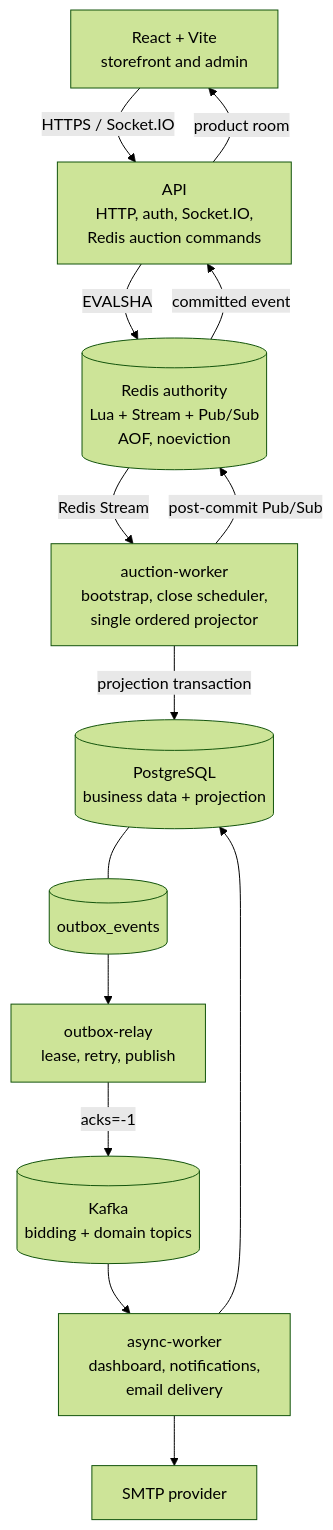
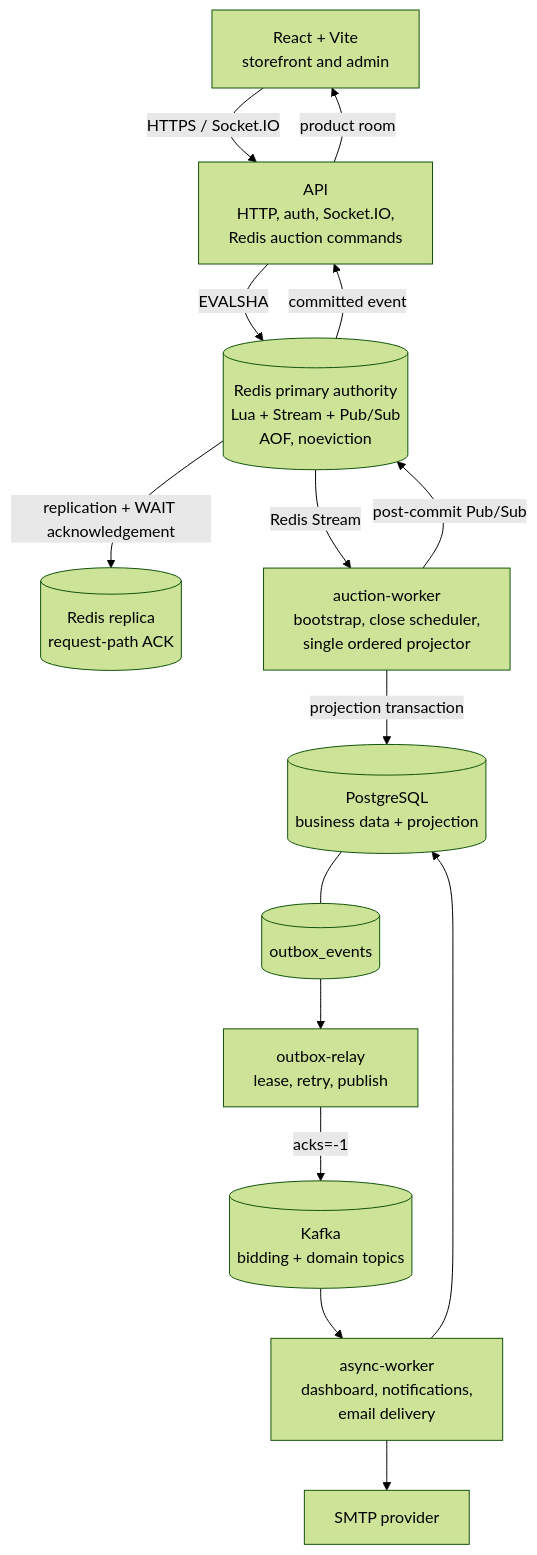
The first of 2 diagrams in docs/architecture/system-overview.md (KidCute1412/miracle-auction-platform), drawn with Mermaid (forest theme) before and after one commit. The commit also changed other lines of this file and 61 other files, not shown here.

````diff
--- a/docs/architecture/system-overview.md
+++ b/docs/architecture/system-overview.md
@@ -7,27 +7,29 @@
 ```mermaid
 flowchart TB
     BROWSER["React + Vite<br/>storefront and admin"]
     API["API<br/>HTTP, auth, Socket.IO,<br/>Redis auction commands"]
-    REDIS[("Redis authority<br/>Lua + Stream + Pub/Sub<br/>AOF, noeviction")]
+    REDIS[("Redis primary authority<br/>Lua + Stream + Pub/Sub<br/>AOF, noeviction")]
+    REPLICA[("Redis replica<br/>request-path ACK")]
     PROJECTOR["auction-worker<br/>bootstrap, close scheduler,<br/>single ordered projector"]
     DB[("PostgreSQL<br/>business data + projection")]
     OUTBOX[("outbox_events")]
     RELAY["outbox-relay<br/>lease, retry, publish"]
     KAFKA[("Kafka<br/>bidding + domain topics")]
     ASYNC["async-worker<br/>dashboard, notifications,<br/>email delivery"]
     SMTP["SMTP provider"]
 
     BROWSER -->|HTTPS / Socket.IO| API
     API -->|EVALSHA| REDIS
+    REDIS -->|replication + WAIT acknowledgement| REPLICA
     REDIS -->|Redis Stream| PROJECTOR
     PROJECTOR -->|projection transaction| DB
     DB --- OUTBOX
     OUTBOX --> RELAY
     RELAY -->|acks=-1| KAFKA
     KAFKA --> ASYNC
     ASYNC --> DB
     ASYNC --> SMTP
     PROJECTOR -->|post-commit Pub/Sub| REDIS
     REDIS -->|committed event| API
     API -->|product room| BROWSER
 ```
````
